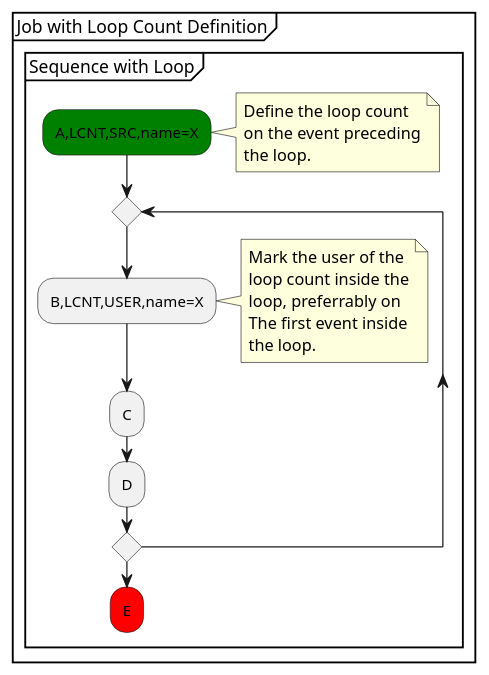
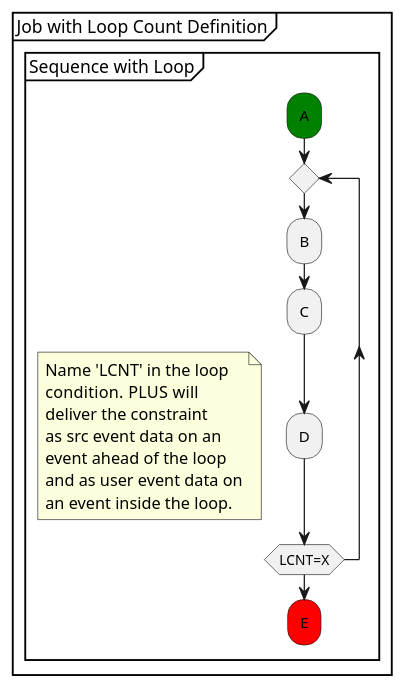
The diagram in models/SequenceVerificationDataCentric/puml/Tutorial_17.puml (xtuml/munin), drawn with PlantUML before and after one commit. The commit also changed other lines of this file and 9 other files, not shown here.

```diff
--- a/models/SequenceVerificationDataCentric/puml/Tutorial_17.puml
+++ b/models/SequenceVerificationDataCentric/puml/Tutorial_17.puml
@@ -1,25 +7,22 @@
 @startuml
 partition "Job with Loop Count Definition" {
   group "Sequence with Loop"
-    #green:A,LCNT,SRC,name=X;
-    note right 
-      Define the loop count
-      on the event preceding
-      the loop.
-    end note
+    #green:A;
     repeat
-      :B,LCNT,USER,name=X;
-      note right 
-        Mark the user of the
-        loop count inside the
-        loop, preferrably on
-        The first event inside
-        the loop.
-      end note
+      :B;
       :C;
       :D;
-    repeat while
+    repeat while (LCNT=X)
+    floating note
+      Name 'LCNT' in the loop
+      condition.  PLUS will
+      deliver the constraint
+      as src event data on an
+      event ahead of the loop
+      and as user event data on
+      an event inside the loop.
+    end note
     #red:E;
 end group
 }
 @enduml
```
